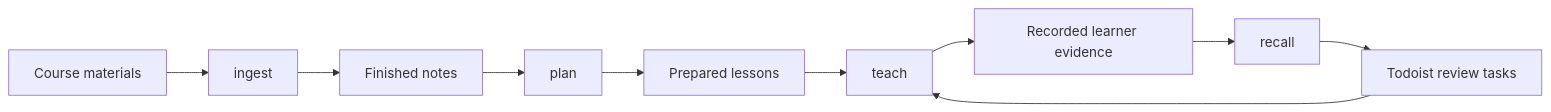
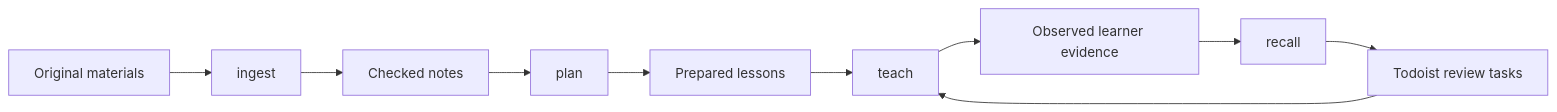
Before and after one commit to SlavomirHoricka/University_notes: the diagram in README.md, drawn with Mermaid. The commit also changed other lines of this file and 49 other files, not shown here.

````diff
--- a/README.md
+++ b/README.md
@@ -58,12 +55,12 @@
 ```mermaid
 flowchart LR
-    M[Course materials] --> I[ingest]
-    I --> N[Finished notes]
+    M[Original materials] --> I[ingest]
+    I --> N[Checked notes]
     N --> P[plan]
     P --> L[Prepared lessons]
     L --> T[teach]
-    T --> E[Recorded learner evidence]
+    T --> E[Observed learner evidence]
     E --> R[recall]
     R --> D[Todoist review tasks]
     D --> T
 ```
````
